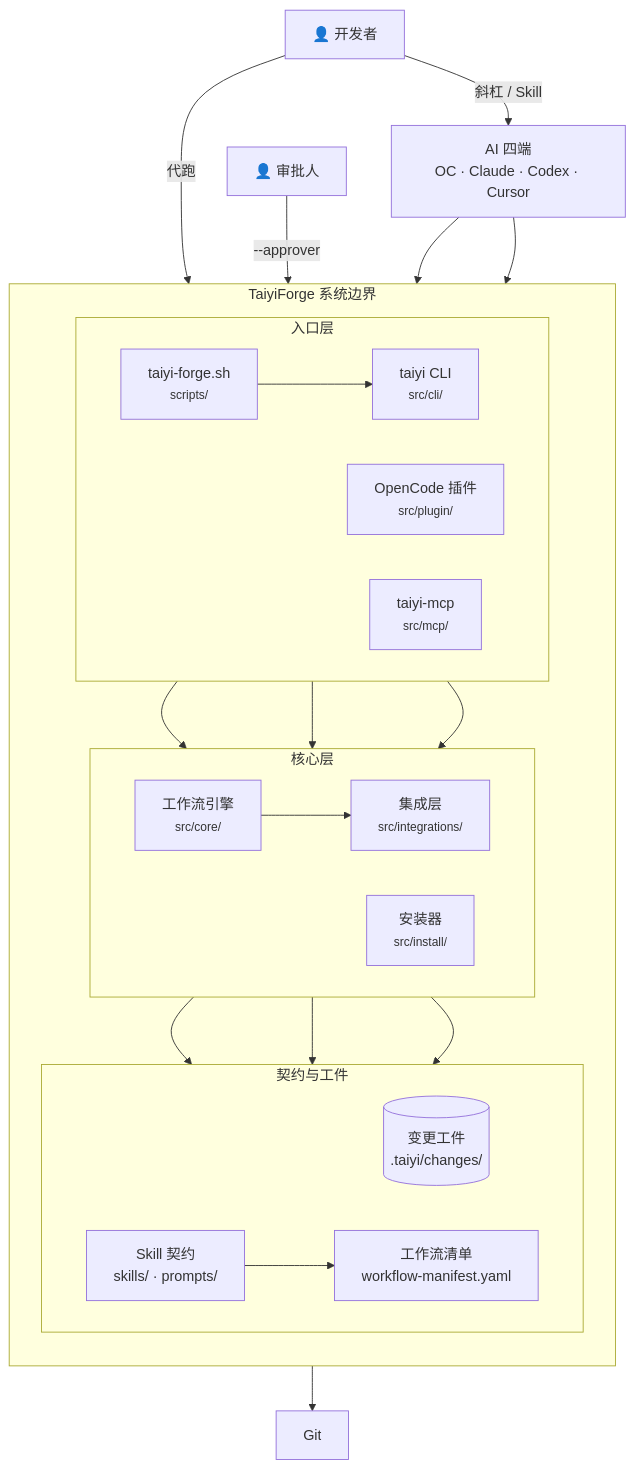
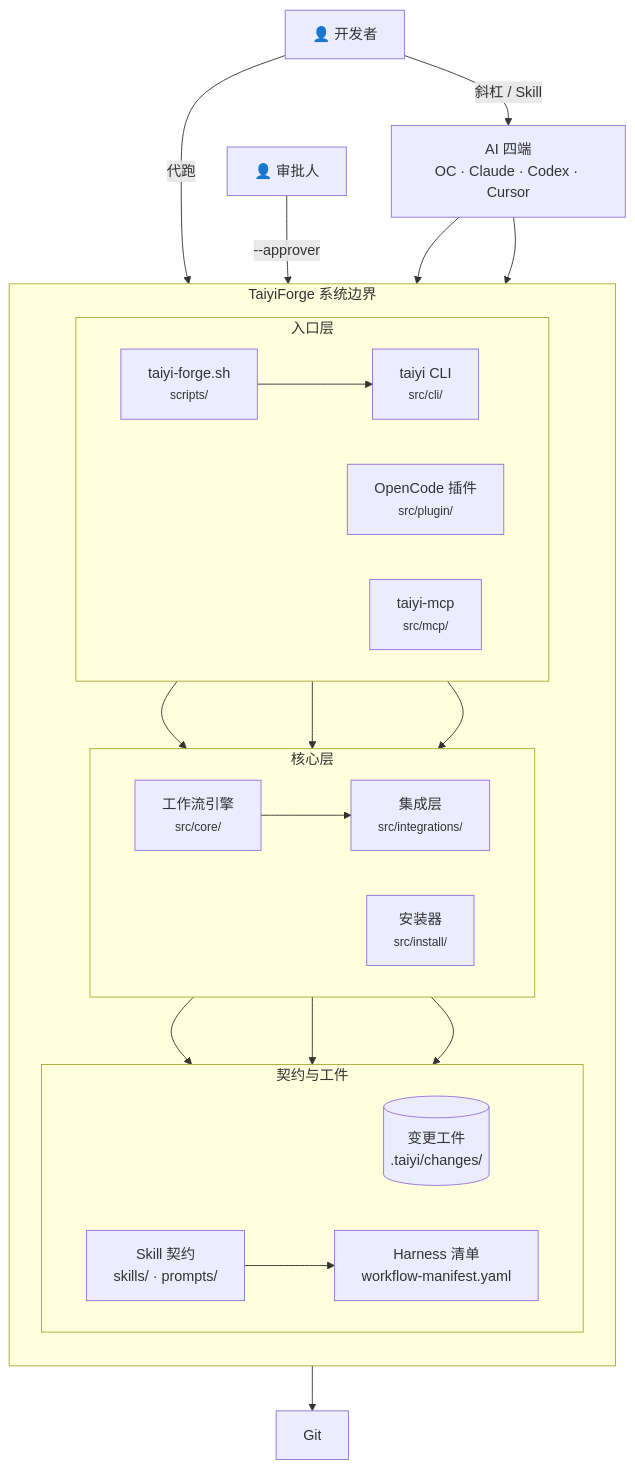
One commit to Dong90/oh-my-taiyiforge changed the diagram in docs/c4/containers.md. Above: the diagram before and after it, drawn with Mermaid. The commit also changed other lines of this file and 12 other files, not shown here.

Commit message:
docs(mcp): integration docs, nine-phase flow, MCP tools

````diff
--- a/docs/c4/containers.md
+++ b/docs/c4/containers.md
@@ -6,49 +6,49 @@
 ```mermaid
 flowchart TB
   dev["👤 开发者"]
   rev["👤 审批人"]
   git["Git"]
   ai["AI 四端<br/>OC · Claude · Codex · Cursor"]
 
   subgraph tfy["TaiyiForge 系统边界"]
     direction TB
 
     subgraph entry["入口层"]
       direction LR
       sh["taiyi-forge.sh<br/><small>scripts/</small>"]
       cli["taiyi CLI<br/><small>src/cli/</small>"]
       plg["OpenCode 插件<br/><small>src/plugin/</small>"]
       mcp["taiyi-mcp<br/><small>src/mcp/</small>"]
     end
 
     subgraph core["核心层"]
       direction LR
       eng["工作流引擎<br/><small>src/core/</small>"]
       inst["安装器<br/><small>src/install/</small>"]
       integ["集成层<br/><small>src/integrations/</small>"]
     end
 
     subgraph data["契约与工件"]
       direction LR
       art[("变更工件<br/>.taiyi/changes/")]
       sk["Skill 契约<br/>skills/ · prompts/"]
-      man["工作流清单<br/>workflow-manifest.yaml"]
+      man["Harness 清单<br/>workflow-manifest.yaml"]
     end
   end
 
   dev -->|"斜杠 / Skill"| ai
   dev -->|"代跑"| sh
   rev -->|"--approver"| cli
   ai --> sk
   ai --> sh
   sh --> cli
   cli --> eng
   plg --> eng
   mcp --> eng
   eng --> art
   eng --> man
   eng --> git
   eng --> integ
   inst --> sk
   sk --> man
 ```
````
